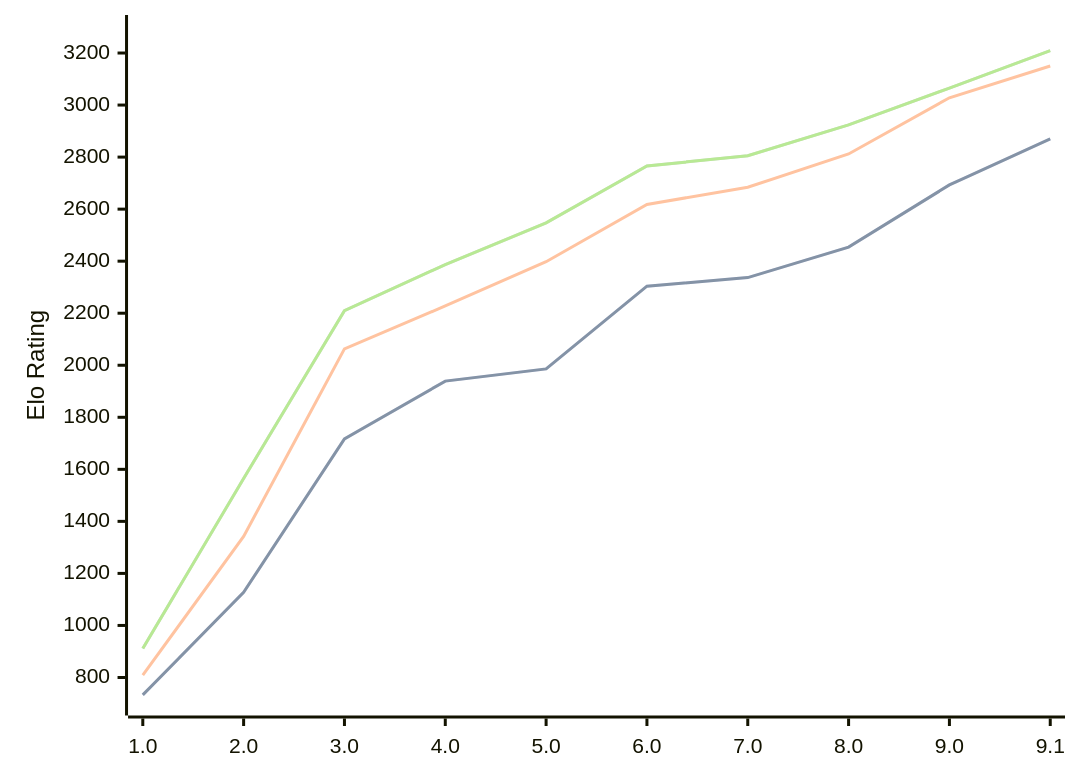
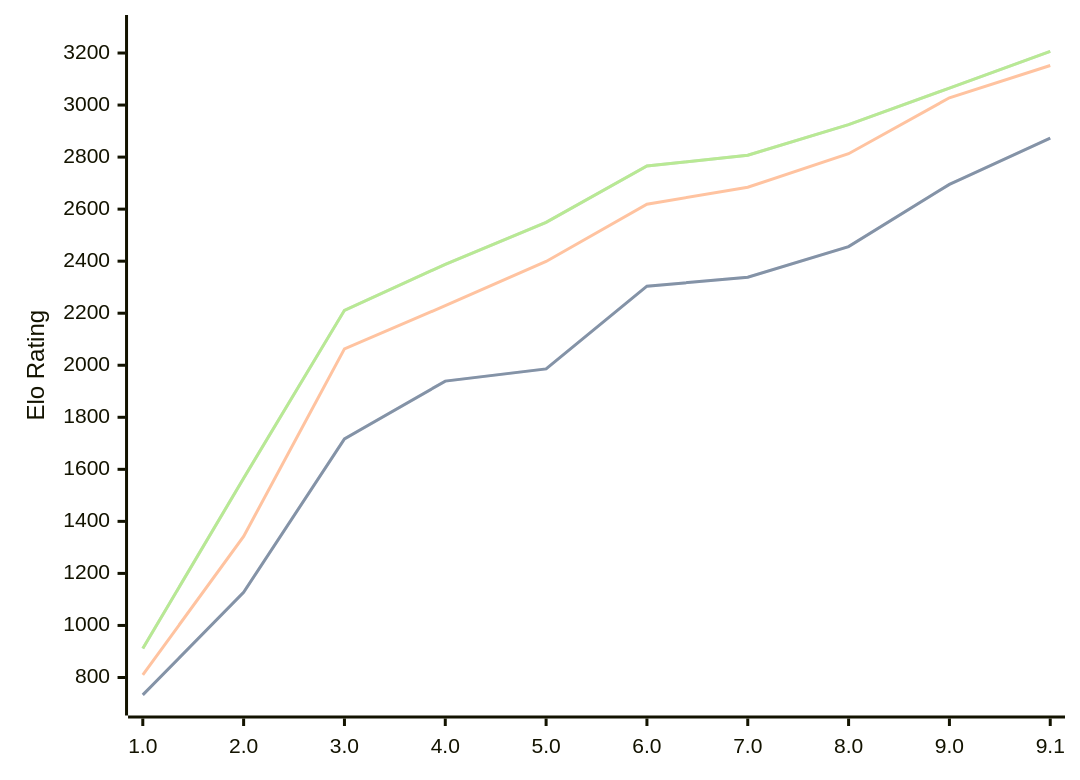
One commit to computer-chess-index/cci changed the diagram in engines/Pea.md. Above: the diagram before and after it, drawn with Mermaid. The commit also changed other lines of this file, not shown here.

Commit message:
Update CCI Ratings (ELO VLTC) - 2026-08-21

````diff
--- a/engines/Pea.md
+++ b/engines/Pea.md
@@ -40,11 +40,11 @@
 ```mermaid
 %%{init: {"theme":"base","themeVariables":{"seriesColors:['#a3a3a3','#222221','#faa371']}}}%%
 xychart-beta
   x-axis ["1.0", "2.0", "3.0", "4.0", "5.0", "6.0", "7.0", "8.0", "9.0", "9.1"]
   y-axis "Elo Rating" 700 --> 3300
-  line "STC (8.0+0.08s)" [733, 1127, 1717, 1939, 1986, 2304, 2337, 2454, 2693, 2870]
-  line "STC (8.0+0.08s)" [733, 1127, 1717, 1939, 1986, 2304, 2337, 2454, 2693, 2870]
-  line "LTC (60.0+0.60s)" [809, 1342, 2063, 2228, 2398, 2618, 2684, 2812, 3028, 3150]
-  line "VLTC (2m24s+1.12s)" [911, 1565, 2210, 2387, 2547, 2766, 2805, 2924, 3065, 3209]
-  line "VLTC (2m24s+1.12s)" [911, 1565, 2210, 2387, 2547, 2766, 2805, 2924, 3065, 3209]
+  line "STC (8.0+0.08s)" [733, 1127, 1717, 1939, 1986, 2304, 2338, 2456, 2695, 2873]
+  line "STC (8.0+0.08s)" [733, 1127, 1717, 1939, 1986, 2304, 2338, 2456, 2695, 2873]
+  line "LTC (60.0+0.60s)" [810, 1342, 2063, 2229, 2399, 2619, 2684, 2813, 3028, 3152]
+  line "VLTC (2m24s+1.12s)" [911, 1566, 2211, 2388, 2549, 2766, 2807, 2925, 3065, 3206]
+  line "VLTC (2m24s+1.12s)" [911, 1566, 2211, 2388, 2549, 2766, 2807, 2925, 3065, 3206]
 ```
````
